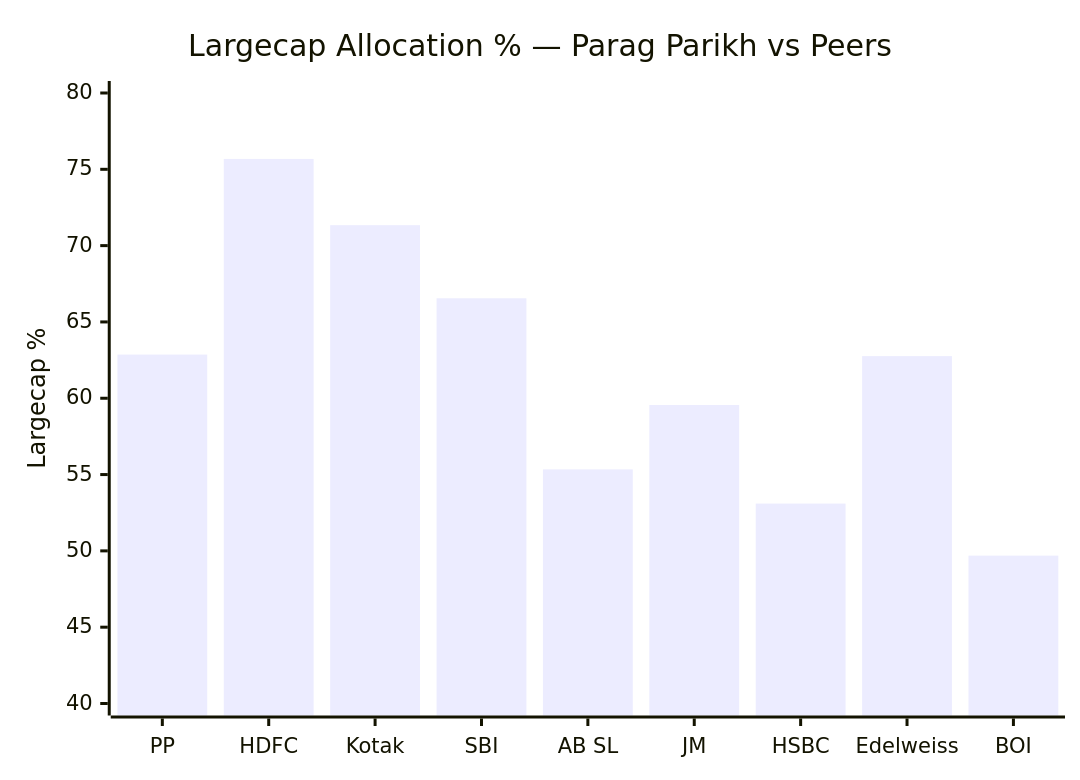
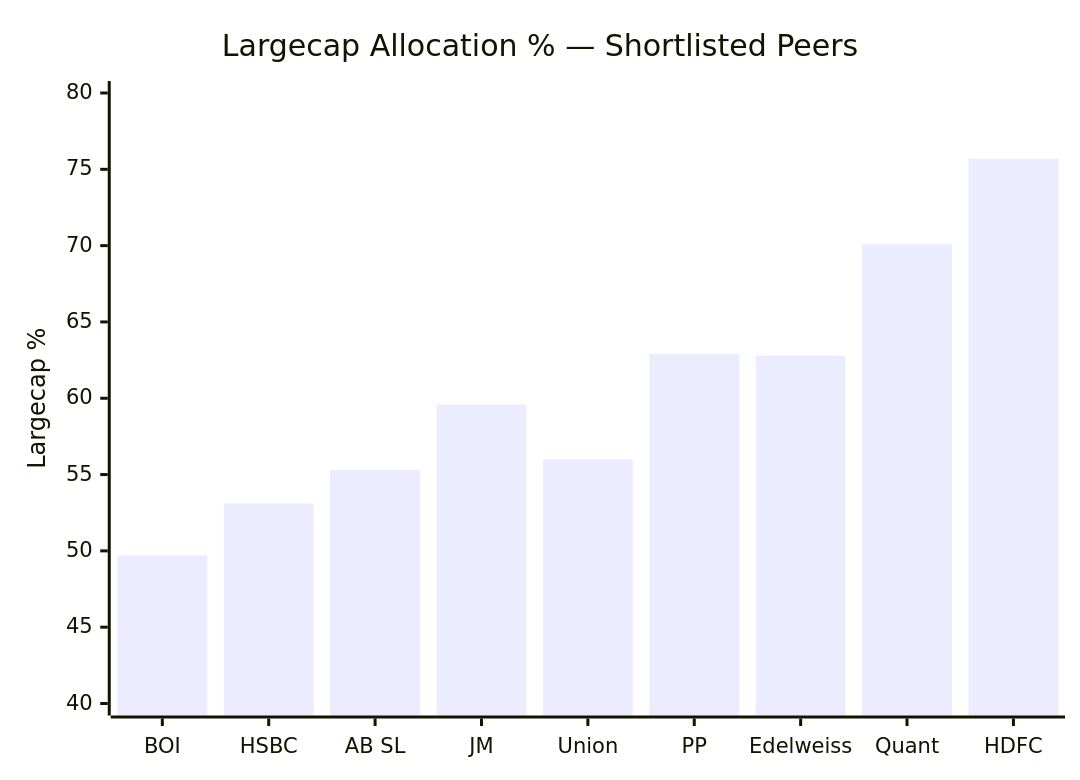
One commit to mayankutkarsh334/Investment changed the ninth of 14 diagrams in Mutual Fund/FlexiCap/funds/parag_parikh/module3_portfolio.md. Above: the diagram before and after it, drawn with Mermaid. The commit also changed other lines of this file and 4 other files, not shown here.

First line of the commit message:
feat: complete deep-study modules 2–6 for Parag Parikh Flexi Cap Fund

````diff
--- a/Mutual Fund/FlexiCap/funds/parag_parikh/module3_portfolio.md
+++ b/Mutual Fund/FlexiCap/funds/parag_parikh/module3_portfolio.md
@@ -34,7 +155,7 @@
 ```mermaid
 xychart-beta
-    title "Largecap Allocation % — Parag Parikh vs Peers"
-    x-axis ["PP", "HDFC", "Kotak", "SBI", "AB SL", "JM", "HSBC", "Edelweiss", "BOI"]
+    title "Largecap Allocation % — Shortlisted Peers"
+    x-axis ["BOI", "HSBC", "AB SL", "JM", "Union", "PP", "Edelweiss", "Quant", "HDFC"]
     y-axis "Largecap %" 40 --> 80
-    bar [62.86, 75.68, 71.34, 66.55, 55.34, 59.56, 53.10, 62.76, 49.69]
+    bar [49.7, 53.1, 55.3, 59.6, 56.0, 62.9, 62.8, 70.1, 75.7]
 ```
````
